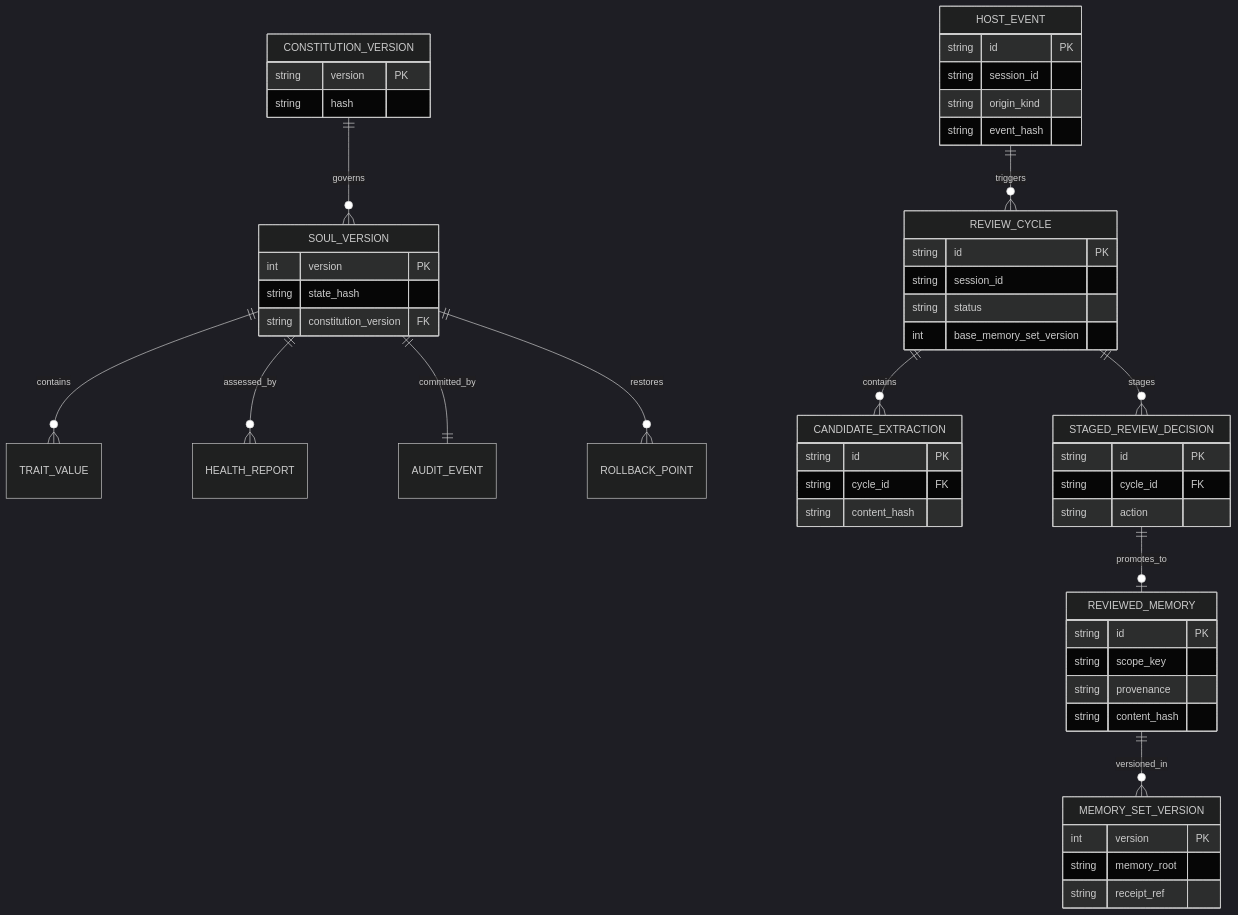
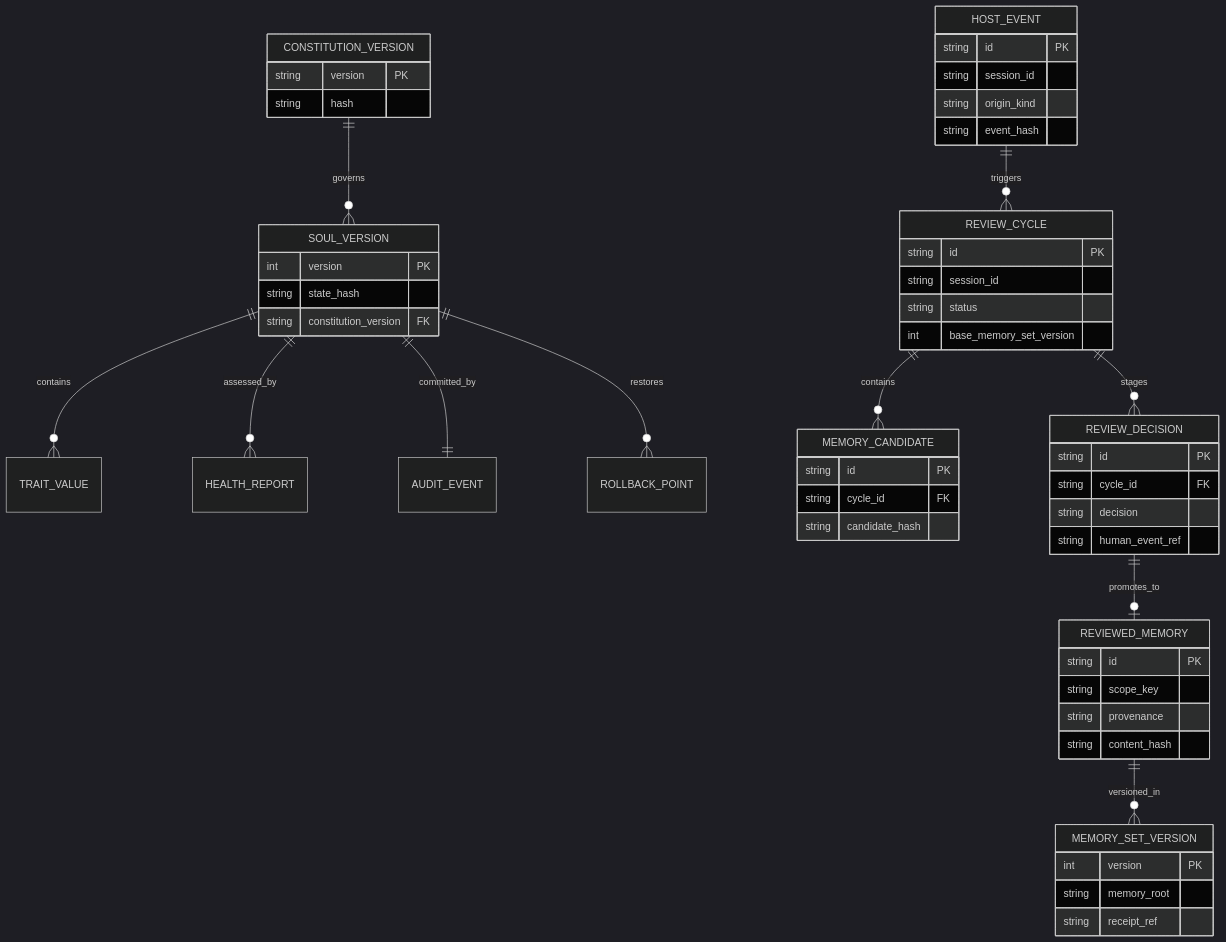
The seventh of 8 diagrams in docs/ARCHITECTURE.md (Azhonaras/soul-engine), drawn with Mermaid (dark theme) before and after one commit. The commit also changed other lines of this file and 51 other files, not shown here.

````diff
--- a/docs/ARCHITECTURE.md
+++ b/docs/ARCHITECTURE.md
@@ -443,57 +445,58 @@
 ```mermaid
 erDiagram
     CONSTITUTION_VERSION ||--o{ SOUL_VERSION : governs
     SOUL_VERSION ||--o{ TRAIT_VALUE : contains
     SOUL_VERSION ||--o{ HEALTH_REPORT : assessed_by
     SOUL_VERSION ||--|| AUDIT_EVENT : committed_by
     SOUL_VERSION ||--o{ ROLLBACK_POINT : restores
     
     HOST_EVENT ||--o{ REVIEW_CYCLE : triggers
-    REVIEW_CYCLE ||--o{ CANDIDATE_EXTRACTION : contains
-    REVIEW_CYCLE ||--o{ STAGED_REVIEW_DECISION : stages
-    STAGED_REVIEW_DECISION ||--o| REVIEWED_MEMORY : promotes_to
+    REVIEW_CYCLE ||--o{ MEMORY_CANDIDATE : contains
+    REVIEW_CYCLE ||--o{ REVIEW_DECISION : stages
+    REVIEW_DECISION ||--o| REVIEWED_MEMORY : promotes_to
     REVIEWED_MEMORY ||--o{ MEMORY_SET_VERSION : versioned_in
 
     CONSTITUTION_VERSION {
       string version PK
       string hash
     }
     SOUL_VERSION {
       int version PK
       string state_hash
       string constitution_version FK
     }
     HOST_EVENT {
       string id PK
       string session_id
       string origin_kind
       string event_hash
     }
     REVIEW_CYCLE {
       string id PK
       string session_id
       string status
       int base_memory_set_version
     }
-    CANDIDATE_EXTRACTION {
+    MEMORY_CANDIDATE {
       string id PK
       string cycle_id FK
-      string content_hash
+      string candidate_hash
     }
-    STAGED_REVIEW_DECISION {
+    REVIEW_DECISION {
       string id PK
       string cycle_id FK
-      string action
+      string decision
+      string human_event_ref
     }
     REVIEWED_MEMORY {
       string id PK
       string scope_key
       string provenance
       string content_hash
     }
     MEMORY_SET_VERSION {
       int version PK
       string memory_root
       string receipt_ref
     }
 ```
````
